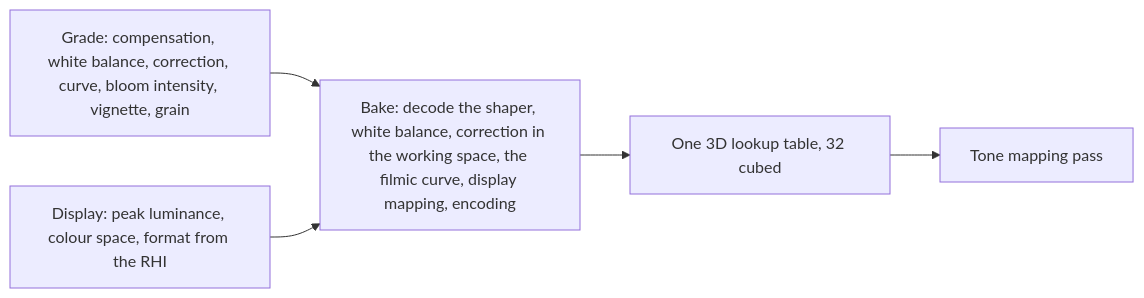
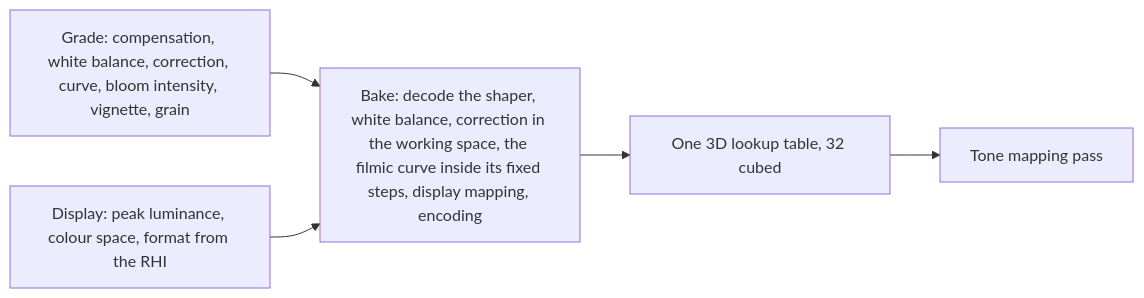
Before and after one commit to plainsight-systems/bullet-witch: the third of 3 diagrams in docs/architecture/post-processing.md, drawn with Mermaid. The commit also changed other lines of this file and 1 other file, not shown here.

First line of the commit message:
Tone mapping applies this frame's exposure, the meter is the channel mean, and the grade names its correction terms and the curve's fixed steps

````diff
--- a/docs/architecture/post-processing.md
+++ b/docs/architecture/post-processing.md
@@ -157,7 +163,7 @@
 ```mermaid
 flowchart LR
-    G["Grade: compensation, white balance, correction, curve, bloom intensity, vignette, grain"] --> B["Bake: decode the shaper, white balance, correction in the working space, the filmic curve, display mapping, encoding"]
+    G["Grade: compensation, white balance, correction, curve, bloom intensity, vignette, grain"] --> B["Bake: decode the shaper, white balance, correction in the working space, the filmic curve inside its fixed steps, display mapping, encoding"]
     D["Display: peak luminance, colour space, format from the RHI"] --> B
     B --> L["One 3D lookup table, 32 cubed"]
     L --> TM["Tone mapping pass"]
 ```
````
